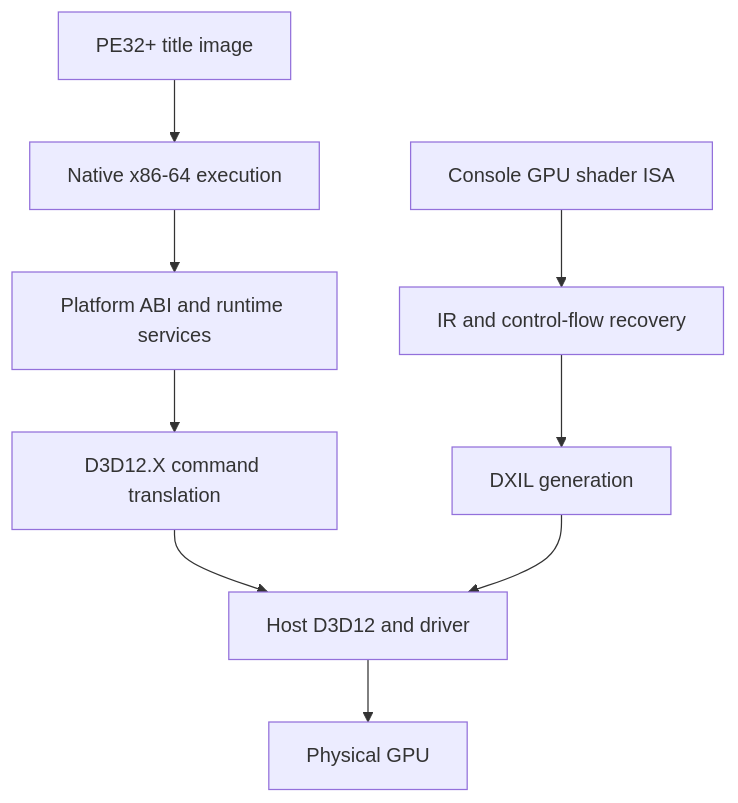
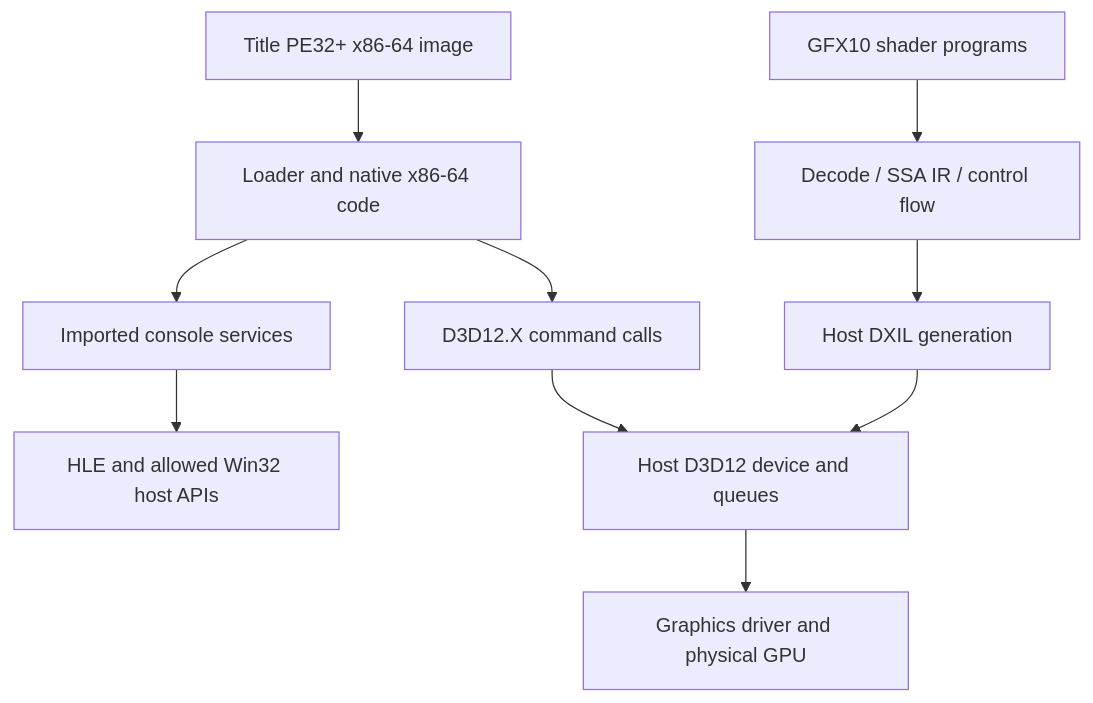
One commit to redcubessockers/NEPTUNE changed the diagram in README.md. Above: the diagram before and after it, drawn with Mermaid. The commit also changed other lines of this file, not shown here.

````diff
--- a/README.md
+++ b/README.md
@@ -17,11 +49,12 @@
 ```mermaid
 flowchart TD
-    PE["PE32+ title image"] --> CPU["Native x86-64 execution"]
-    CPU --> ABI["Platform ABI and runtime services"]
-    ABI --> CMD["D3D12.X command translation"]
-    ISA["Console GPU shader ISA"] --> IR["IR and control-flow recovery"]
-    IR --> DXIL["DXIL generation"]
-    CMD --> HOST["Host D3D12 and driver"]
-    DXIL --> HOST
-    HOST --> GPU["Physical GPU"]
+    A["Title PE32+ x86-64 image"] --> B["Loader and native x86-64 code"]
+    B --> C["Imported console services"]
+    C --> D["HLE and allowed Win32 host APIs"]
+    B --> E["D3D12.X command calls"]
+    E --> F["Host D3D12 device and queues"]
+    G["GFX10 shader programs"] --> H["Decode / SSA IR / control flow"]
+    H --> I["Host DXIL generation"]
+    I --> F
+    F --> J["Graphics driver and physical GPU"]
 ```
````
